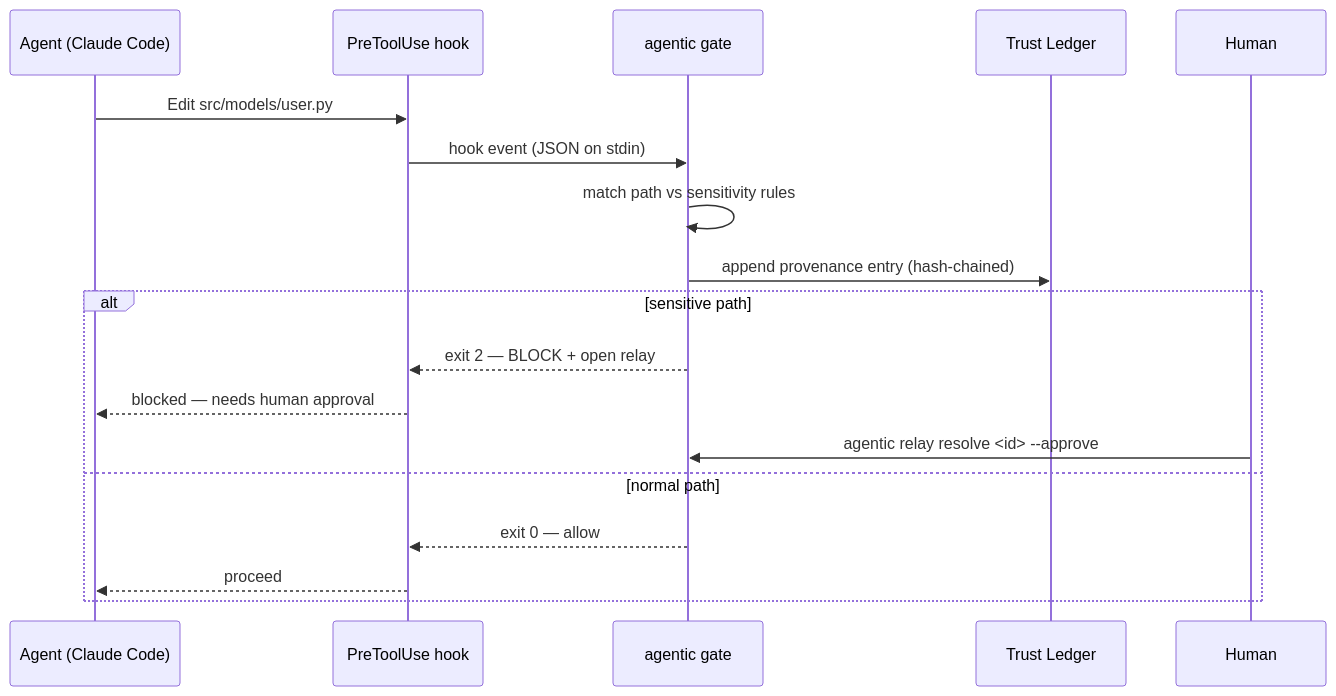
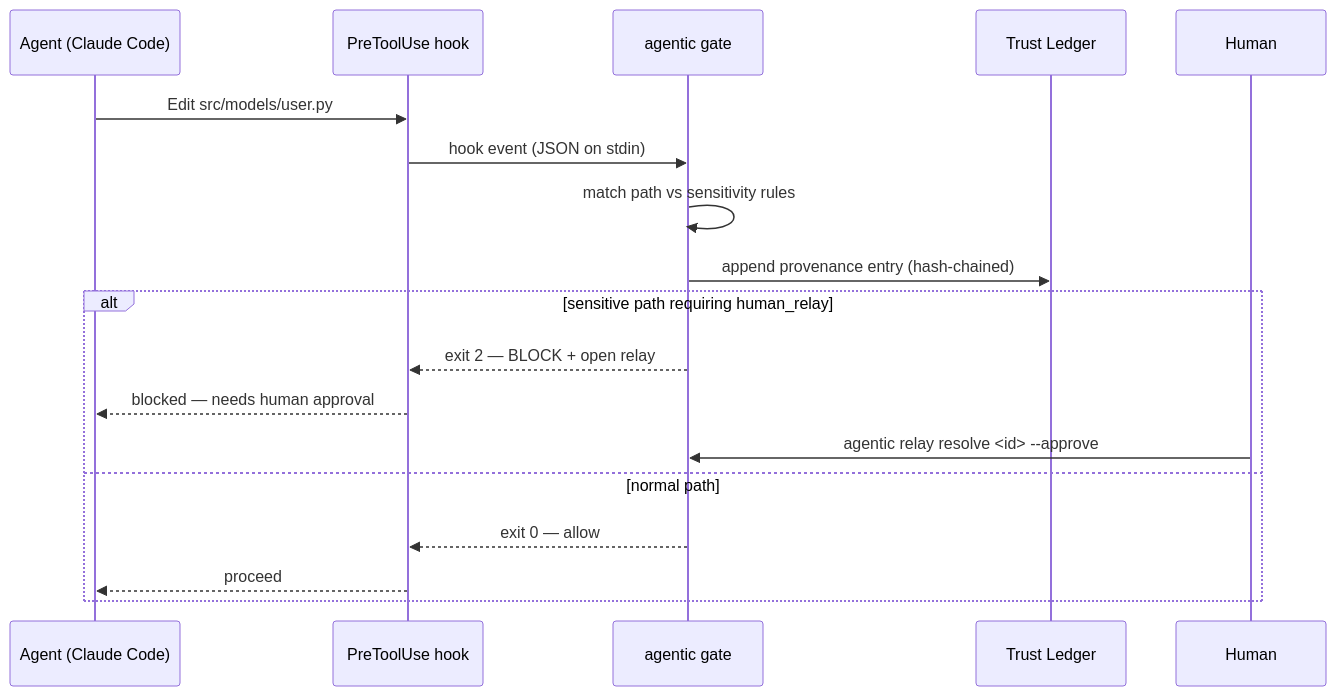
One commit to Agentic-CLI/agentic-cli changed the second of 3 diagrams in README.md. Above: the diagram before and after it, drawn with Mermaid. The commit also changed other lines of this file, not shown here.

````diff
--- a/README.md
+++ b/README.md
@@ -94,20 +106,20 @@
 ```mermaid
 sequenceDiagram
     participant A as Agent (Claude Code)
     participant H as PreToolUse hook
     participant G as agentic gate
     participant L as Trust Ledger
     participant Hu as Human
     A->>H: Edit src/models/user.py
     H->>G: hook event (JSON on stdin)
     G->>G: match path vs sensitivity rules
     G->>L: append provenance entry (hash-chained)
-    alt sensitive path
+    alt sensitive path requiring human_relay
         G-->>H: exit 2 — BLOCK + open relay
         H-->>A: blocked — needs human approval
         Hu->>G: agentic relay resolve <id> --approve
     else normal path
         G-->>H: exit 0 — allow
         H-->>A: proceed
     end
 ```
````
